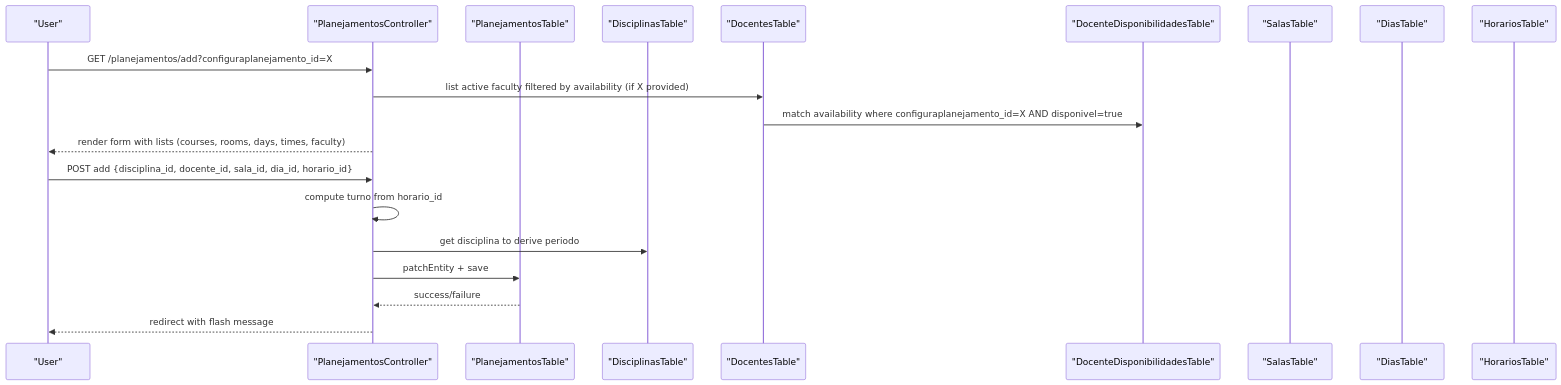
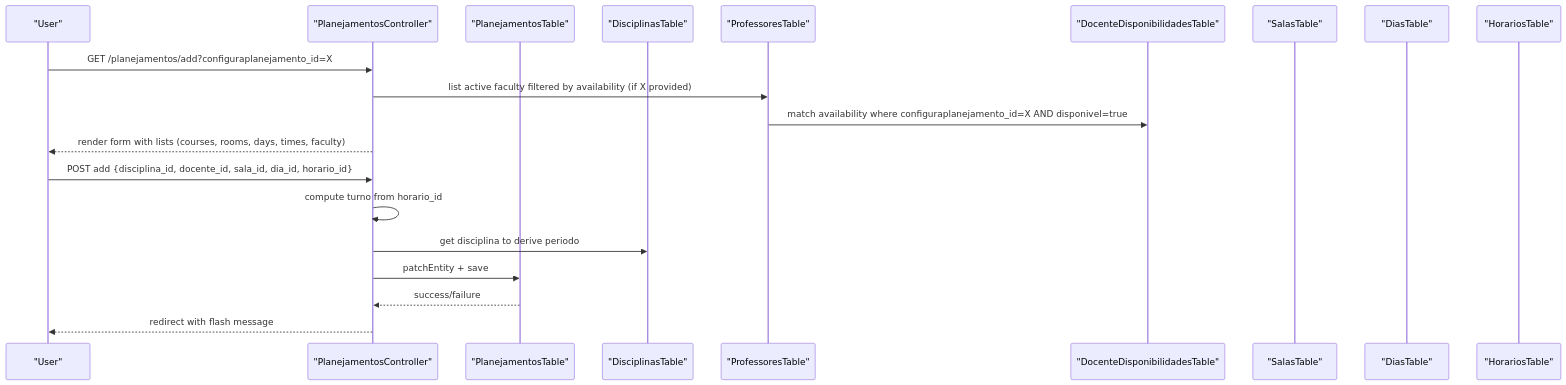
One commit to luiseduacosta/planejamento5 changed the second of 7 diagrams in .qoder/repowiki/en/content/Core Features/Core Features.md. Above: the diagram before and after it, drawn with Mermaid. The commit also changed other lines of this file and 37 other files, not shown here.

Commit message:
repowiki: rename Docentes → Professores in metadata

````diff
--- a/.qoder/repowiki/en/content/Core Features/Core Features.md
+++ b/.qoder/repowiki/en/content/Core Features/Core Features.md
@@ -107,22 +107,22 @@
 ```mermaid
 sequenceDiagram
 participant U as "User"
 participant C as "PlanejamentosController"
 participant T as "PlanejamentosTable"
 participant D as "DisciplinasTable"
-participant F as "DocentesTable"
+participant F as "ProfessoresTable"
 participant A as "DocenteDisponibilidadesTable"
 participant R as "SalasTable"
 participant DY as "DiasTable"
 participant H as "HorariosTable"
 U->>C : GET /planejamentos/add?configuraplanejamento_id=X
 C->>F : list active faculty filtered by availability (if X provided)
 F->>A : match availability where configuraplanejamento_id=X AND disponivel=true
 C-->>U : render form with lists (courses, rooms, days, times, faculty)
 U->>C : POST add {disciplina_id, docente_id, sala_id, dia_id, horario_id}
 C->>C : compute turno from horario_id
 C->>D : get disciplina to derive periodo
 C->>T : patchEntity + save
 T-->>C : success/failure
 C-->>U : redirect with flash message
 ```
````
